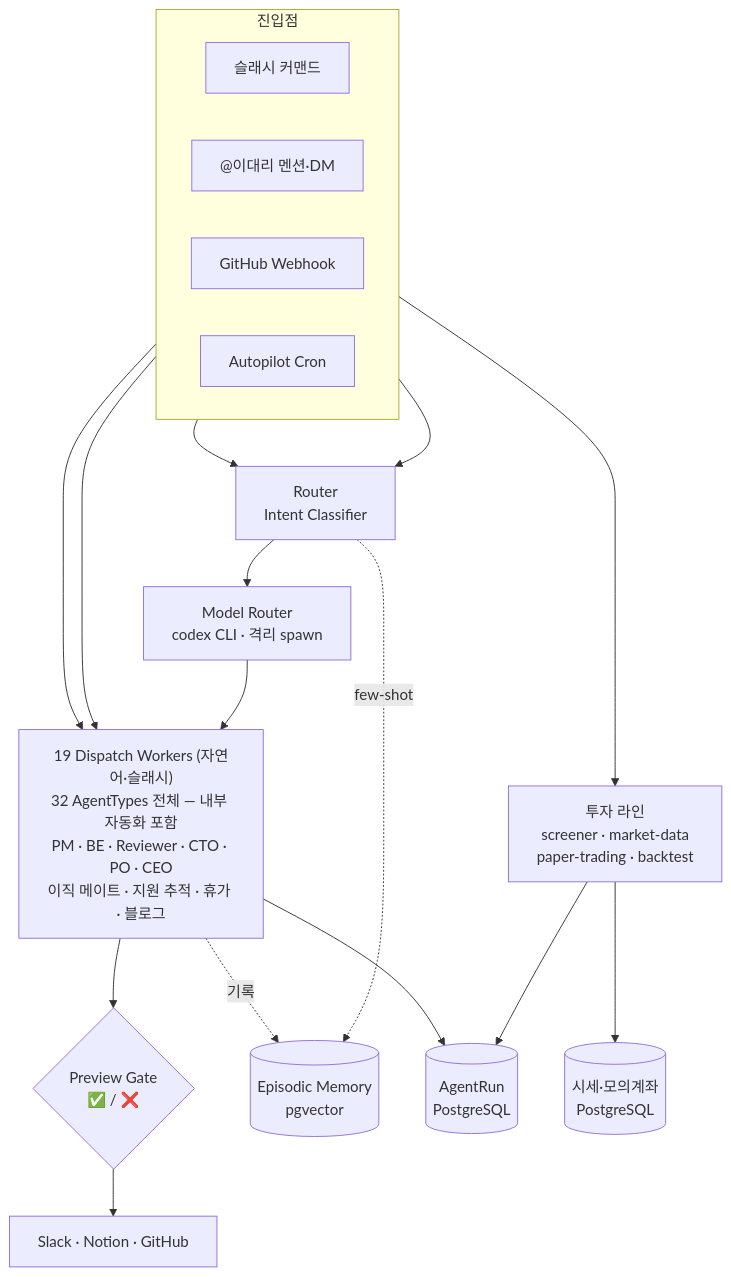
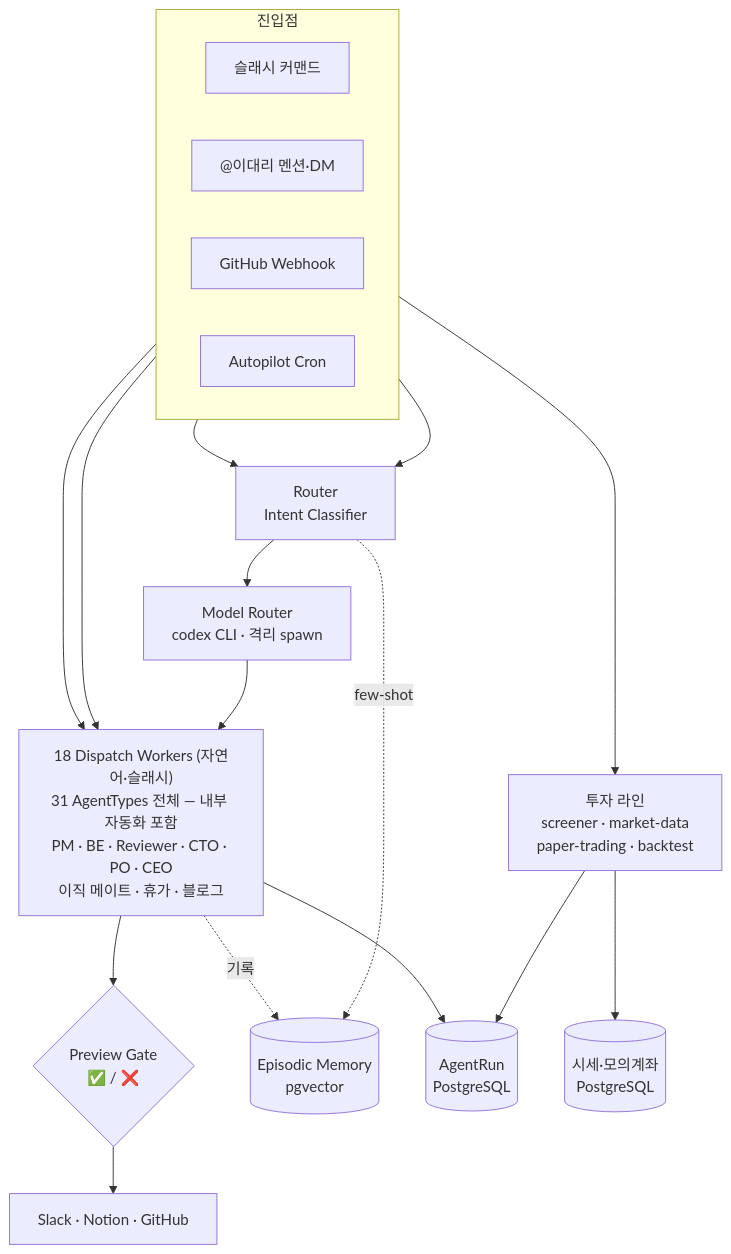
The diagram in README.md (JSL107/personal_agents), drawn with Mermaid before and after one commit. The commit also changed other lines of this file and 68 other files, not shown here.

````diff
--- a/README.md
+++ b/README.md
@@ -43,33 +43,33 @@
 ```mermaid
 flowchart TD
     subgraph IN["진입점"]
         direction LR
         S["슬래시 커맨드"]
         M["@이대리 멘션·DM"]
         W["GitHub Webhook"]
         C["Autopilot Cron"]
     end
 
     R["Router<br/>Intent Classifier"]
     MR["Model Router<br/>codex CLI · 격리 spawn"]
-    WK["19 Dispatch Workers (자연어·슬래시)<br/>32 AgentTypes 전체 — 내부 자동화 포함<br/>PM · BE · Reviewer · CTO · PO · CEO<br/>이직 메이트 · 지원 추적 · 휴가 · 블로그"]
+    WK["18 Dispatch Workers (자연어·슬래시)<br/>31 AgentTypes 전체 — 내부 자동화 포함<br/>PM · BE · Reviewer · CTO · PO · CEO<br/>이직 메이트 · 휴가 · 블로그"]
     IV["투자 라인<br/>screener · market-data<br/>paper-trading · backtest"]
     PG{"Preview Gate<br/>✅ / ❌"}
     EXT["Slack · Notion · GitHub"]
     EM[("Episodic Memory<br/>pgvector")]
     AR[("AgentRun<br/>PostgreSQL")]
     MD[("시세·모의계좌<br/>PostgreSQL")]
 
     S --> R
     M --> R
     R -. few-shot .-> EM
     R --> MR --> WK
     W --> WK
     C --> WK
     C --> IV
     IV --> MD
     IV --> AR
     WK --> PG --> EXT
     WK --> AR
     WK -. 기록 .-> EM
 ```
````
